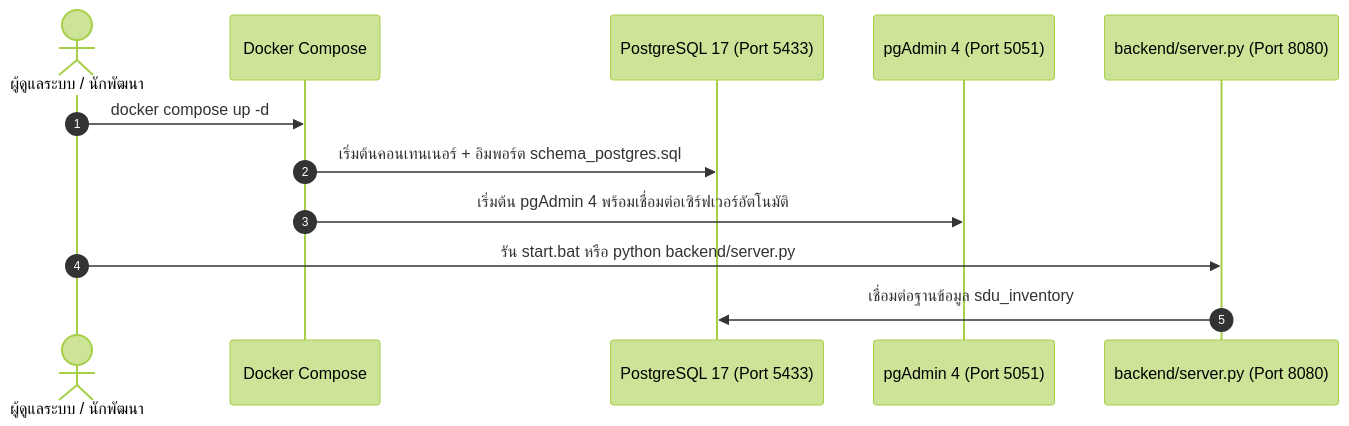
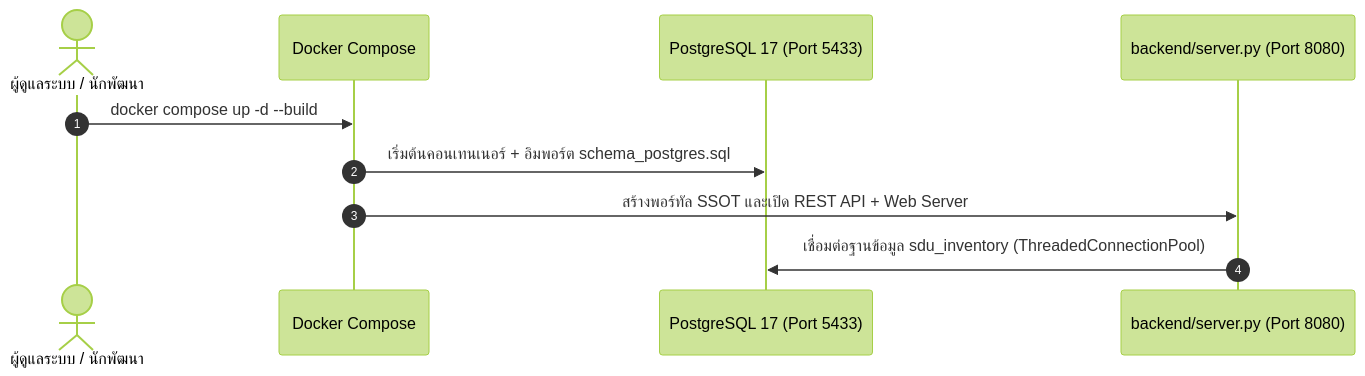
Before and after one commit to itsmekritsanai/stock-order-sdu: the diagram in backend/README.md, drawn with Mermaid (forest theme). The commit also changed other lines of this file and 20 other files, not shown here.

Commit message:
docs(project): update docs to current architecture and remove remaining pgAdmin references (v3.8.3)

````diff
--- a/backend/README.md
+++ b/backend/README.md
@@ -21,15 +21,13 @@
 ```mermaid
 sequenceDiagram
     autonumber
     actor Dev as ผู้ดูแลระบบ / นักพัฒนา
     participant Docker as Docker Compose
     participant PG as PostgreSQL 17 (Port 5433)
-    participant PGA as pgAdmin 4 (Port 5051)
-    participant Server as backend/server.py (Port 8080)
+    participant App as backend/server.py (Port 8080)
 
-    Dev->>Docker: docker compose up -d
+    Dev->>Docker: docker compose up -d --build
     Docker->>PG: เริ่มต้นคอนเทนเนอร์ + อิมพอร์ต schema_postgres.sql
-    Docker->>PGA: เริ่มต้น pgAdmin 4 พร้อมเชื่อมต่อเซิร์ฟเวอร์อัตโนมัติ
-    Dev->>Server: รัน start.bat หรือ python backend/server.py
-    Server->>PG: เชื่อมต่อฐานข้อมูล sdu_inventory
+    Docker->>App: สร้างพอร์ทัล SSOT และเปิด REST API + Web Server
+    App->>PG: เชื่อมต่อฐานข้อมูล sdu_inventory (ThreadedConnectionPool)
 ```
````
